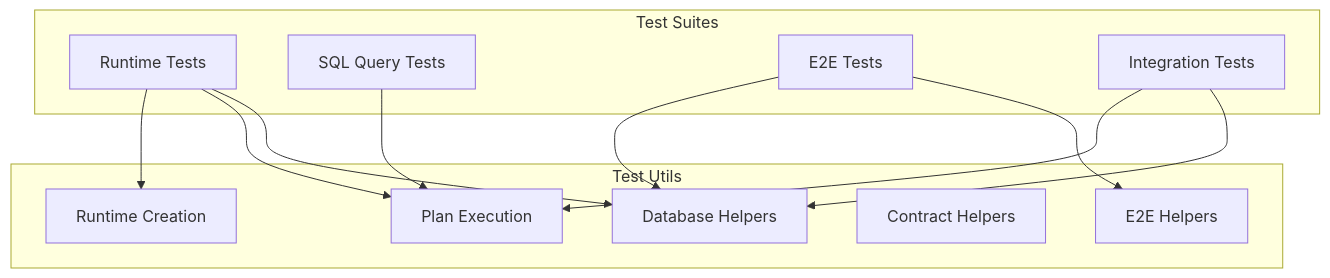
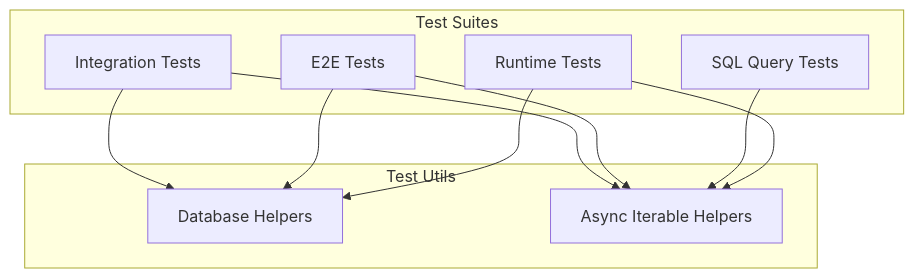
Before and after one commit to prisma/prisma-next: the diagram in packages/test-utils/README.md, drawn with Mermaid. The commit also changed other lines of this file and 6 other files, not shown here.

````diff
--- a/packages/test-utils/README.md
+++ b/packages/test-utils/README.md
@@ -27,26 +26,22 @@
 ```mermaid
 flowchart TD
     subgraph "Test Utils"
         DB[Database Helpers]
-        PLAN[Plan Execution]
-        RUNTIME[Runtime Creation]
-        CONTRACT[Contract Helpers]
-        E2E[E2E Helpers]
+        ASYNC[Async Iterable Helpers]
     end
 
     subgraph "Test Suites"
         RUNTIME_TESTS[Runtime Tests]
         SQL_TESTS[SQL Query Tests]
         E2E_TESTS[E2E Tests]
         INTEGRATION[Integration Tests]
     end
 
     RUNTIME_TESTS --> DB
-    RUNTIME_TESTS --> PLAN
-    RUNTIME_TESTS --> RUNTIME
-    SQL_TESTS --> PLAN
-    E2E_TESTS --> E2E
+    RUNTIME_TESTS --> ASYNC
+    SQL_TESTS --> ASYNC
     E2E_TESTS --> DB
+    E2E_TESTS --> ASYNC
     INTEGRATION --> DB
-    INTEGRATION --> PLAN
+    INTEGRATION --> ASYNC
 ```
````
